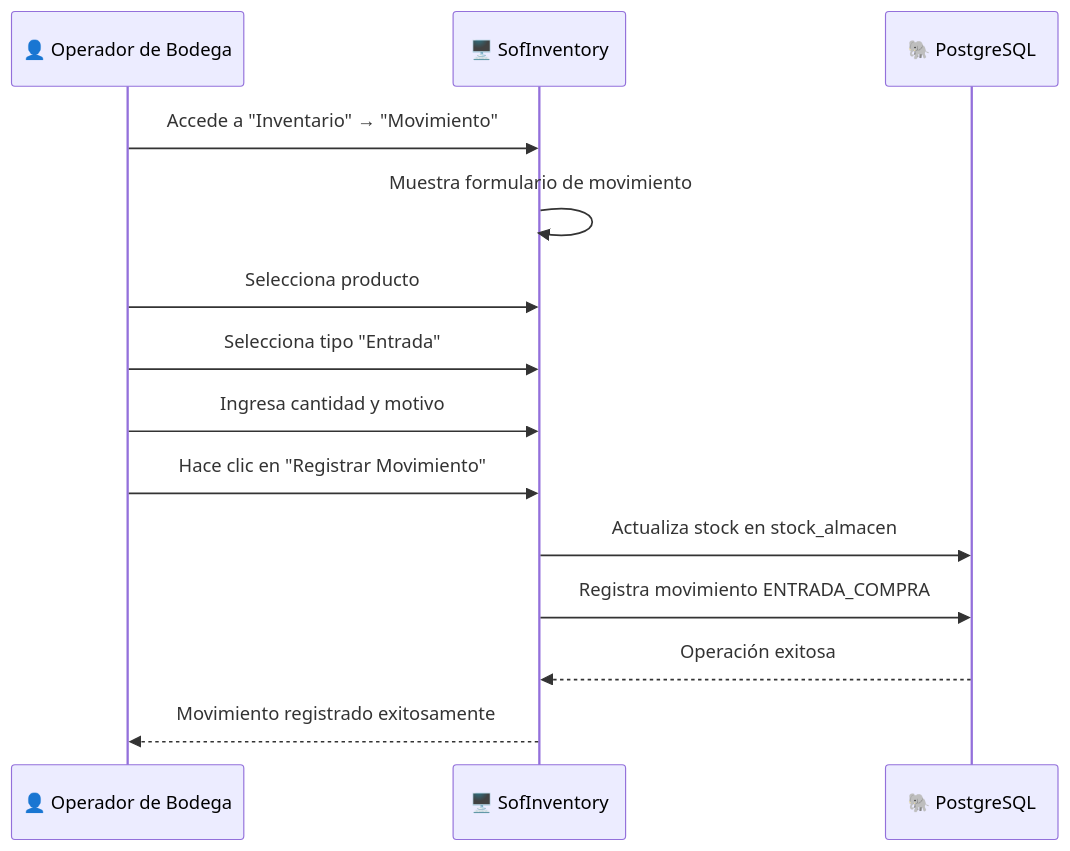
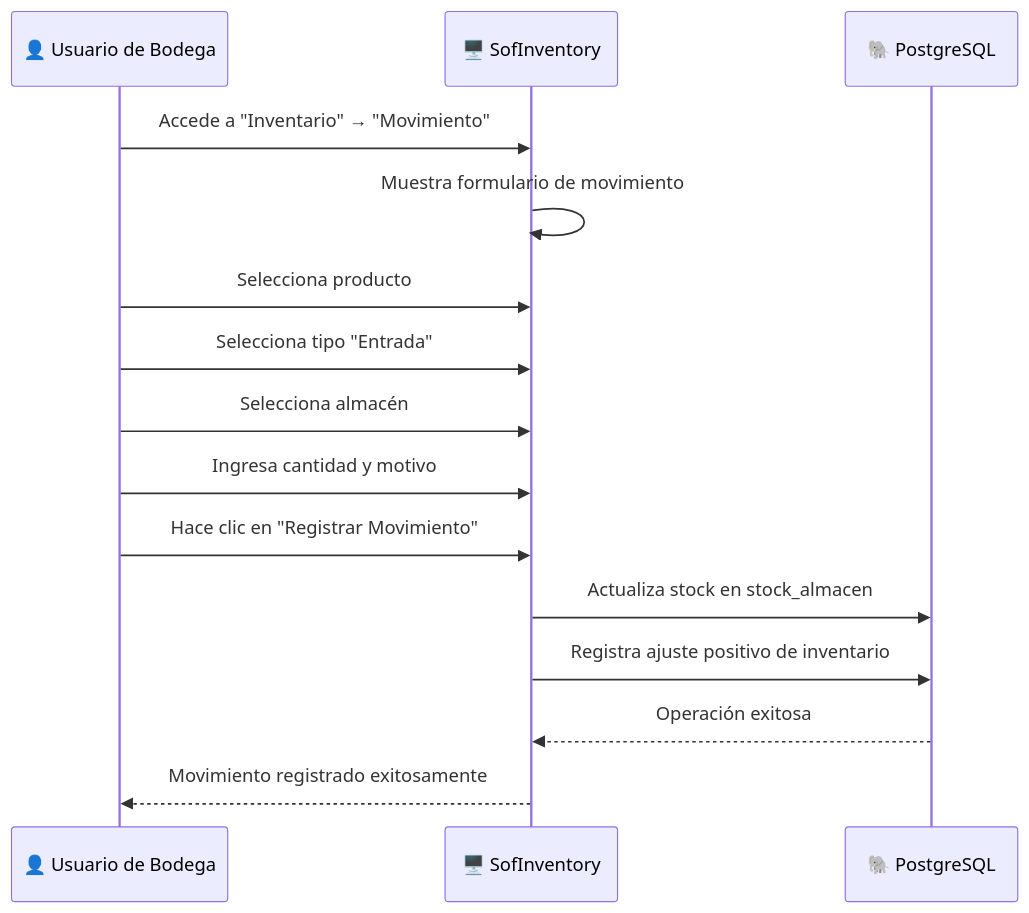
One commit to AlejandroSepulvedaDuarte/SofInventory changed the fourth of 7 diagrams in docs/MANUAL_USUARIO.md. Above: the diagram before and after it, drawn with Mermaid. The commit also changed other lines of this file and 76 other files, not shown here.

````diff
--- a/docs/MANUAL_USUARIO.md
+++ b/docs/MANUAL_USUARIO.md
@@ -886,17 +1056,18 @@
 ```mermaid
 sequenceDiagram
-    participant B as 👤 Operador de Bodega
+    participant B as 👤 Usuario de Bodega
     participant S as 🖥️ SofInventory
     participant DB as 🐘 PostgreSQL
 
     B->>S: Accede a "Inventario" → "Movimiento"
     S->>S: Muestra formulario de movimiento
     B->>S: Selecciona producto
     B->>S: Selecciona tipo "Entrada"
+    B->>S: Selecciona almacén
     B->>S: Ingresa cantidad y motivo
     B->>S: Hace clic en "Registrar Movimiento"
     S->>DB: Actualiza stock en stock_almacen
-    S->>DB: Registra movimiento ENTRADA_COMPRA
+    S->>DB: Registra ajuste positivo de inventario
     DB-->>S: Operación exitosa
     S-->>B: Movimiento registrado exitosamente
 ```
````
